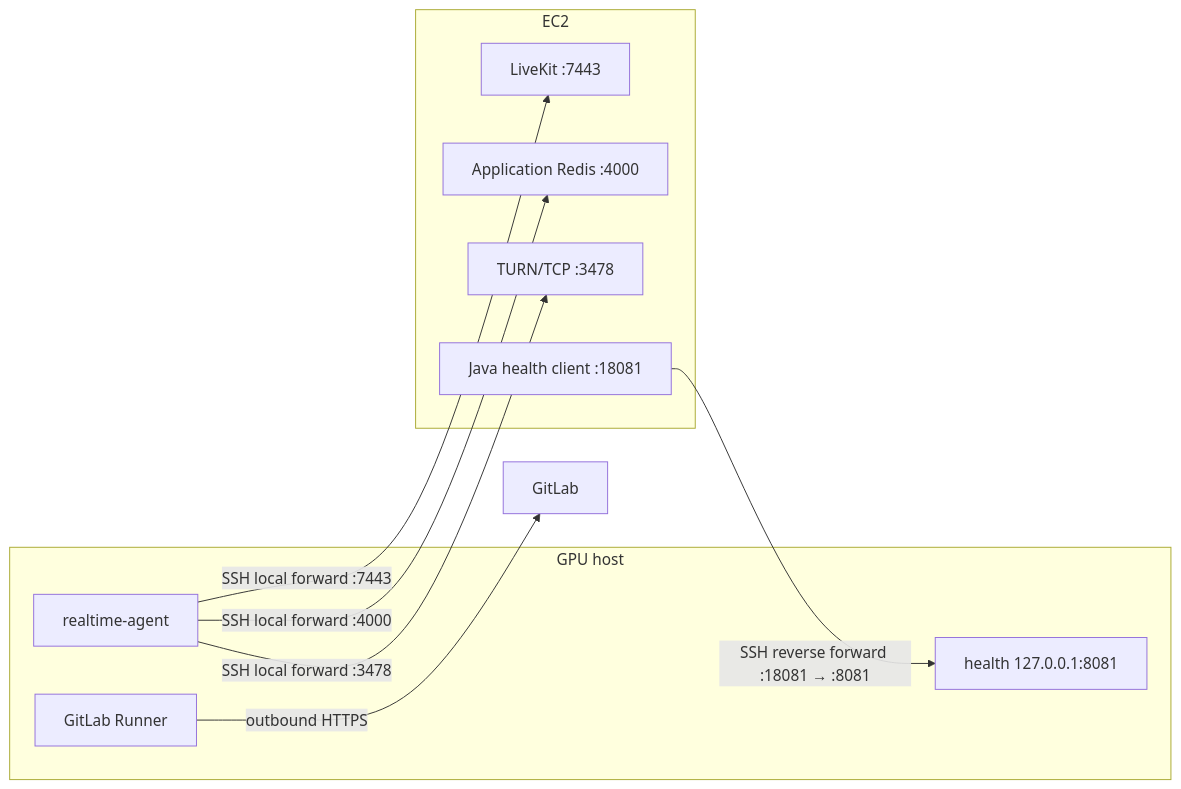
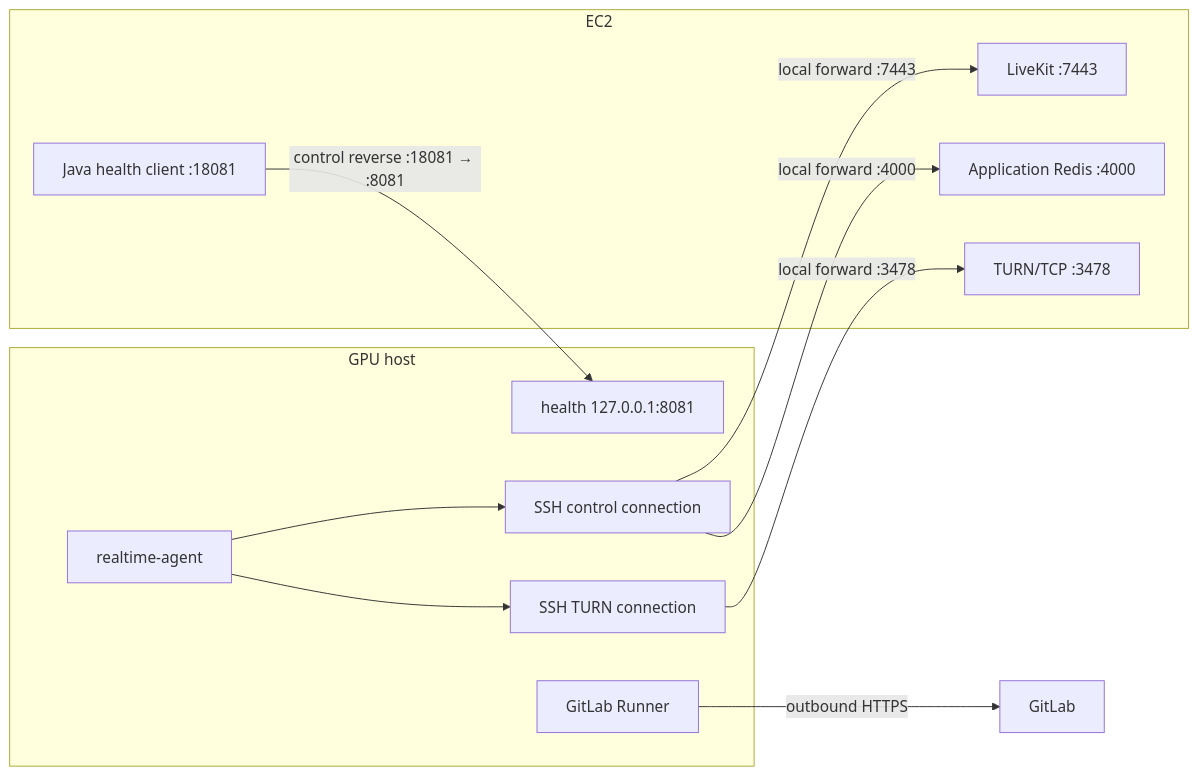
One commit to thdwjdrl401/jiphyeonjeon changed the diagram in ai/realtime-agent/deploy/README.md. Above: the diagram before and after it, drawn with Mermaid. The commit also changed other lines of this file and 7 other files, not shown here.

````diff
--- a/ai/realtime-agent/deploy/README.md
+++ b/ai/realtime-agent/deploy/README.md
@@ -111,19 +113,23 @@
 ```mermaid
 flowchart LR
     subgraph GPU[GPU host]
         A[realtime-agent]
         H[health 127.0.0.1:8081]
+        C[SSH control connection]
+        M[SSH TURN connection]
         R[GitLab Runner]
     end
     subgraph EC2[EC2]
         L[LiveKit :7443]
         D[Application Redis :4000]
         T[TURN/TCP :3478]
         J[Java health client :18081]
     end
-    A -->|SSH local forward :7443| L
-    A -->|SSH local forward :4000| D
-    A -->|SSH local forward :3478| T
-    J -->|SSH reverse forward :18081 → :8081| H
+    A --> C
+    A --> M
+    C -->|local forward :7443| L
+    C -->|local forward :4000| D
+    M -->|local forward :3478| T
+    J -->|control reverse :18081 → :8081| H
     R -->|outbound HTTPS| G[GitLab]
 ```
````
